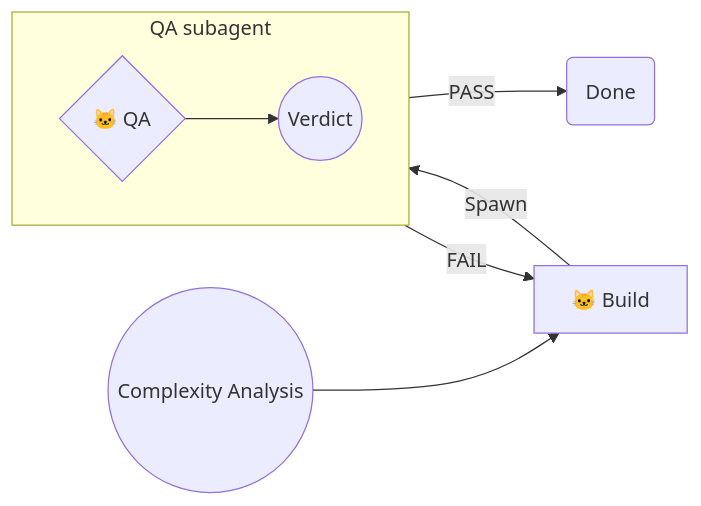
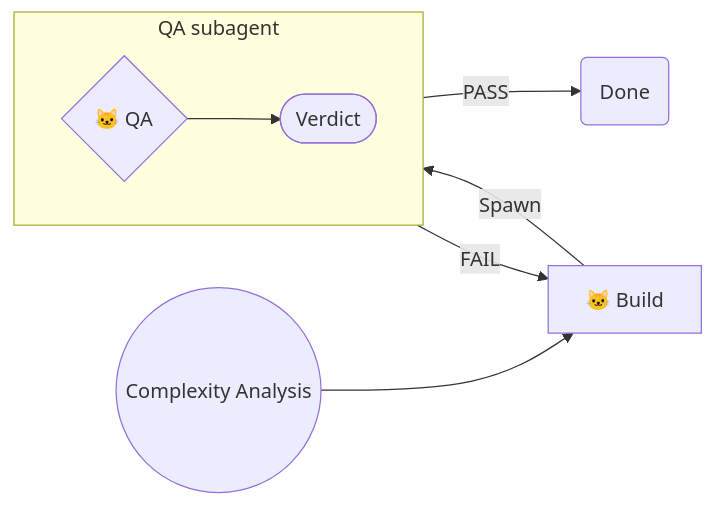
Before and after one commit to Texarkanine/.cursor-rules: the fourth of 11 diagrams in memory-bank/active/creative/creative-l1-verification-diagram.md, drawn with Mermaid. The commit also changed other lines of this file, not shown here.

Commit message:
chore: stadium Verdict/stop shapes in L1 creative diagrams

````diff
--- a/memory-bank/active/creative/creative-l1-verification-diagram.md
+++ b/memory-bank/active/creative/creative-l1-verification-diagram.md
@@ -110,11 +110,11 @@
 ```mermaid
 graph LR
     Start(("Complexity Analysis")) --> NikoBuild["🐱 Build"]
     NikoBuild --Spawn--> QA
     subgraph SA["QA subagent"]
         direction LR
-        QA{"🐱 QA"} --> Verdict(("Verdict"))
+        QA{"🐱 QA"} --> Verdict(["Verdict"])
     end
     Verdict -->|"PASS"| Done("Done")
     Verdict -->|"FAIL"| NikoBuild
 ```
````
